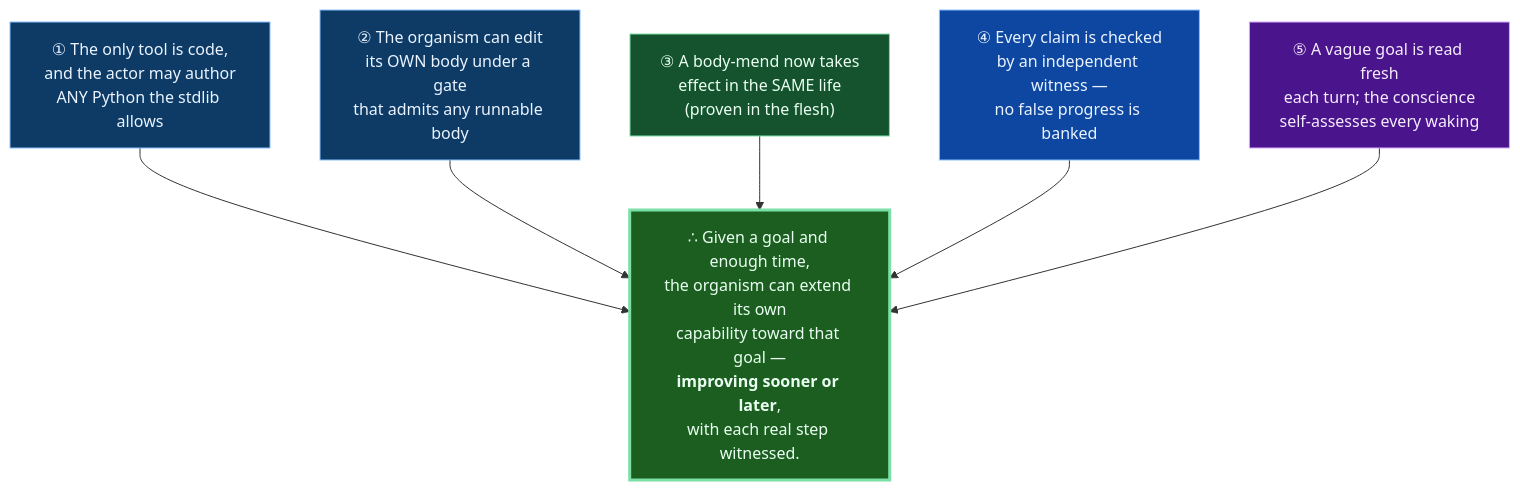
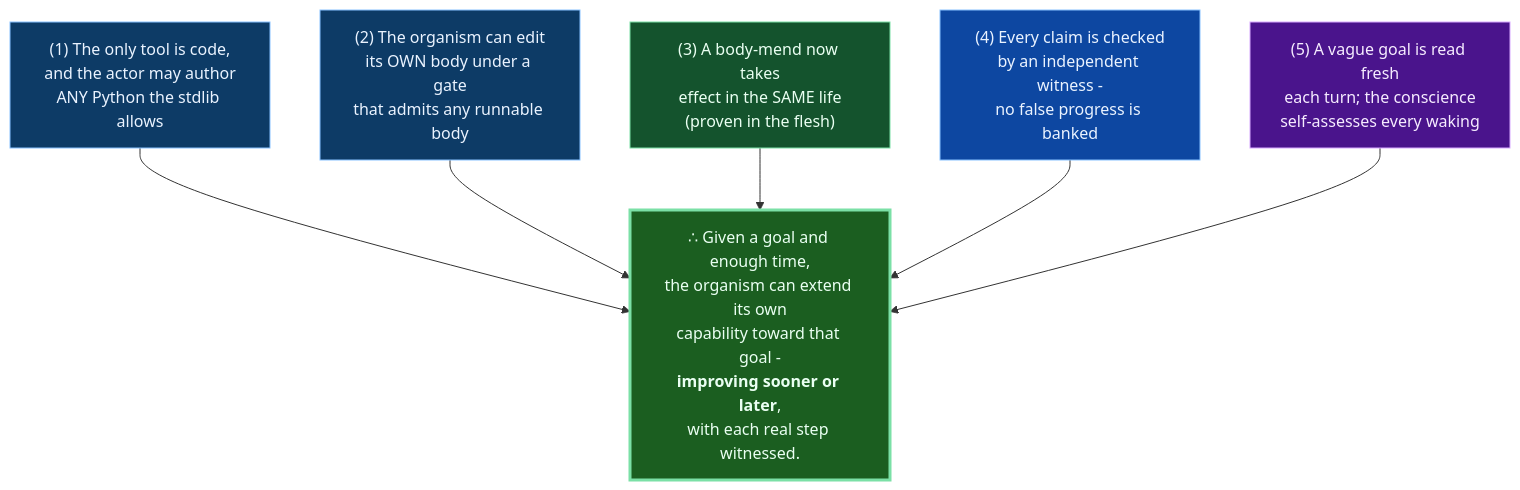
One commit to wgabrys88/endgame-ai changed diagram 17 of 17 in README.md. Above: the diagram before and after it, drawn with Mermaid. The commit also changed other lines of this file, not shown here.

````diff
--- a/README.md
+++ b/README.md
@@ -560,23 +560,23 @@
 ```mermaid
 flowchart TB
-    P1["① The only tool is code,<br/>and the actor may author<br/>ANY Python the stdlib allows"]
-    P2["② The organism can edit<br/>its OWN body under a gate<br/>that admits any runnable body"]
-    P3["③ A body-mend now takes<br/>effect in the SAME life<br/>(proven in the flesh)"]
-    P4["④ Every claim is checked<br/>by an independent witness —<br/>no false progress is banked"]
-    P5["⑤ A vague goal is read fresh<br/>each turn; the conscience<br/>self-assesses every waking"]
+    P1["(1) The only tool is code,<br/>and the actor may author<br/>ANY Python the stdlib allows"]
+    P2["(2) The organism can edit<br/>its OWN body under a gate<br/>that admits any runnable body"]
+    P3["(3) A body-mend now takes<br/>effect in the SAME life<br/>(proven in the flesh)"]
+    P4["(4) Every claim is checked<br/>by an independent witness -<br/>no false progress is banked"]
+    P5["(5) A vague goal is read fresh<br/>each turn; the conscience<br/>self-assesses every waking"]
 
-    C["∴ Given a goal and enough time,<br/>the organism can extend its own<br/>capability toward that goal —<br/><b>improving sooner or later</b>,<br/>with each real step witnessed."]
+    C["∴ Given a goal and enough time,<br/>the organism can extend its own<br/>capability toward that goal -<br/><b>improving sooner or later</b>,<br/>with each real step witnessed."]
 
     P1 --> C
     P2 --> C
     P3 --> C
     P4 --> C
     P5 --> C
 
     style P1 fill:#0d3b66,stroke:#87c1ff,color:#eaf3ff
     style P2 fill:#0d3b66,stroke:#87c1ff,color:#eaf3ff
     style P3 fill:#14532d,stroke:#7be0a6,color:#eafff2
     style P4 fill:#0d47a1,stroke:#87c1ff,color:#eaf3ff
     style P5 fill:#4a148c,stroke:#d7a9ff,color:#f6ecff
     style C fill:#1b5e20,stroke:#7be0a6,stroke-width:3px,color:#eafff2
 ```
````
